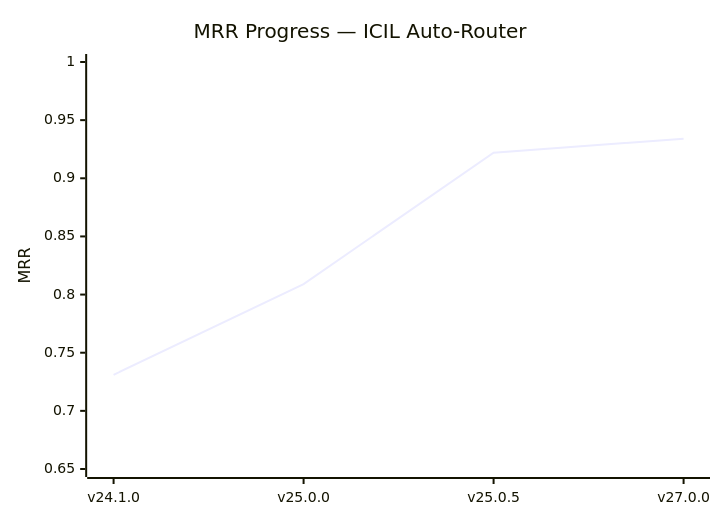
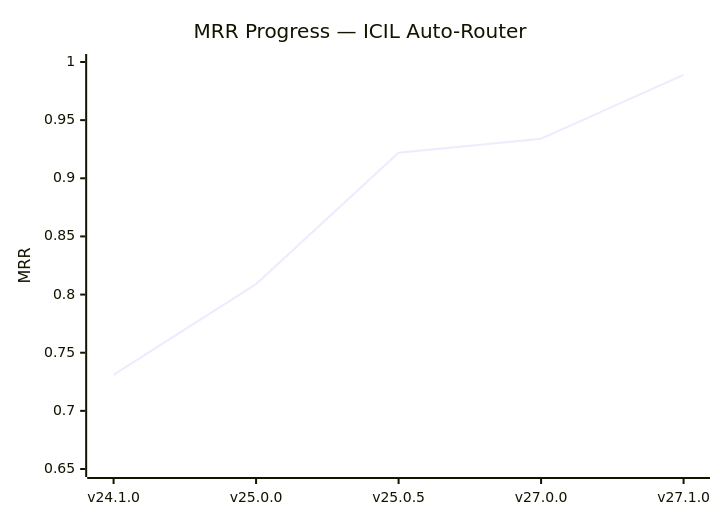
Before and after one commit to kandarlubis31/ICIL: the second of 2 diagrams in README.md, drawn with Mermaid. The commit also changed other lines of this file and 1 other file, not shown here.

````diff
--- a/README.md
+++ b/README.md
@@ -76,7 +76,7 @@
 ```mermaid
 xychart-beta
   title "MRR Progress — ICIL Auto-Router"
-  x-axis ["v24.1.0", "v25.0.0", "v25.0.5", "v27.0.0"]
+  x-axis ["v24.1.0", "v25.0.0", "v25.0.5", "v27.0.0", "v27.1.0"]
   y-axis "MRR" 0.65 --> 1.0
-  line [0.731, 0.809, 0.922, 0.934]
+  line [0.731, 0.809, 0.922, 0.934, 0.989]
 ```
````
